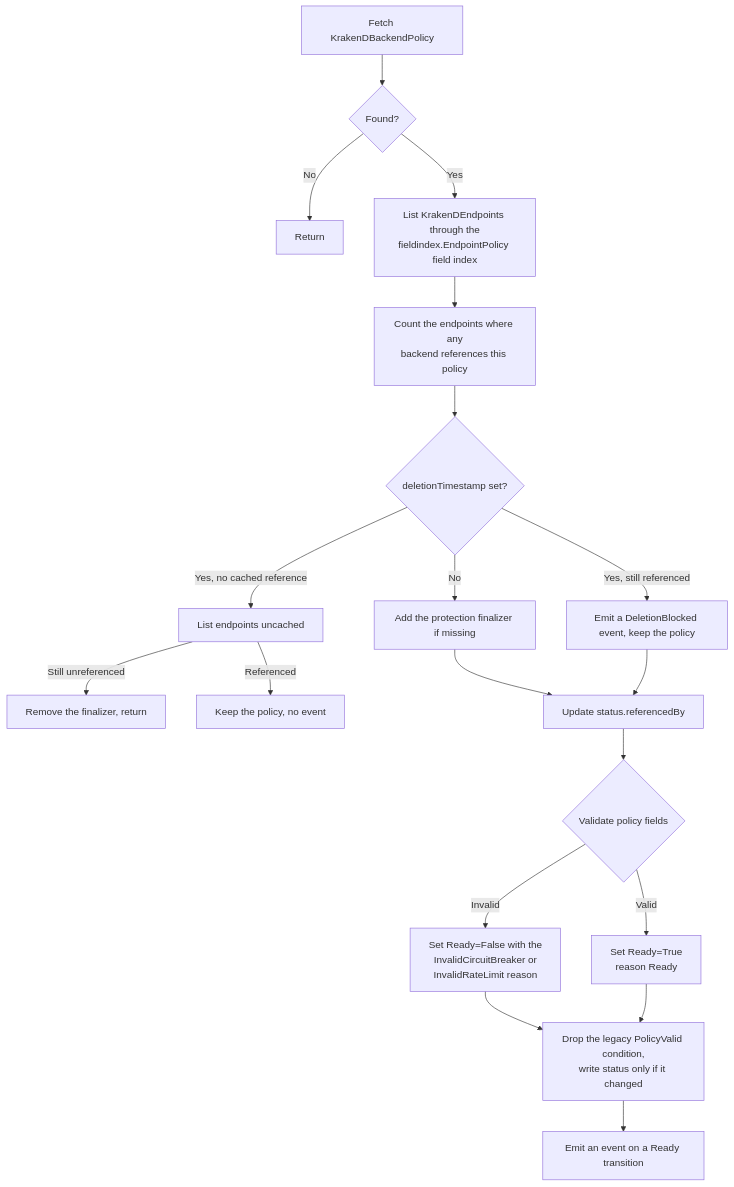
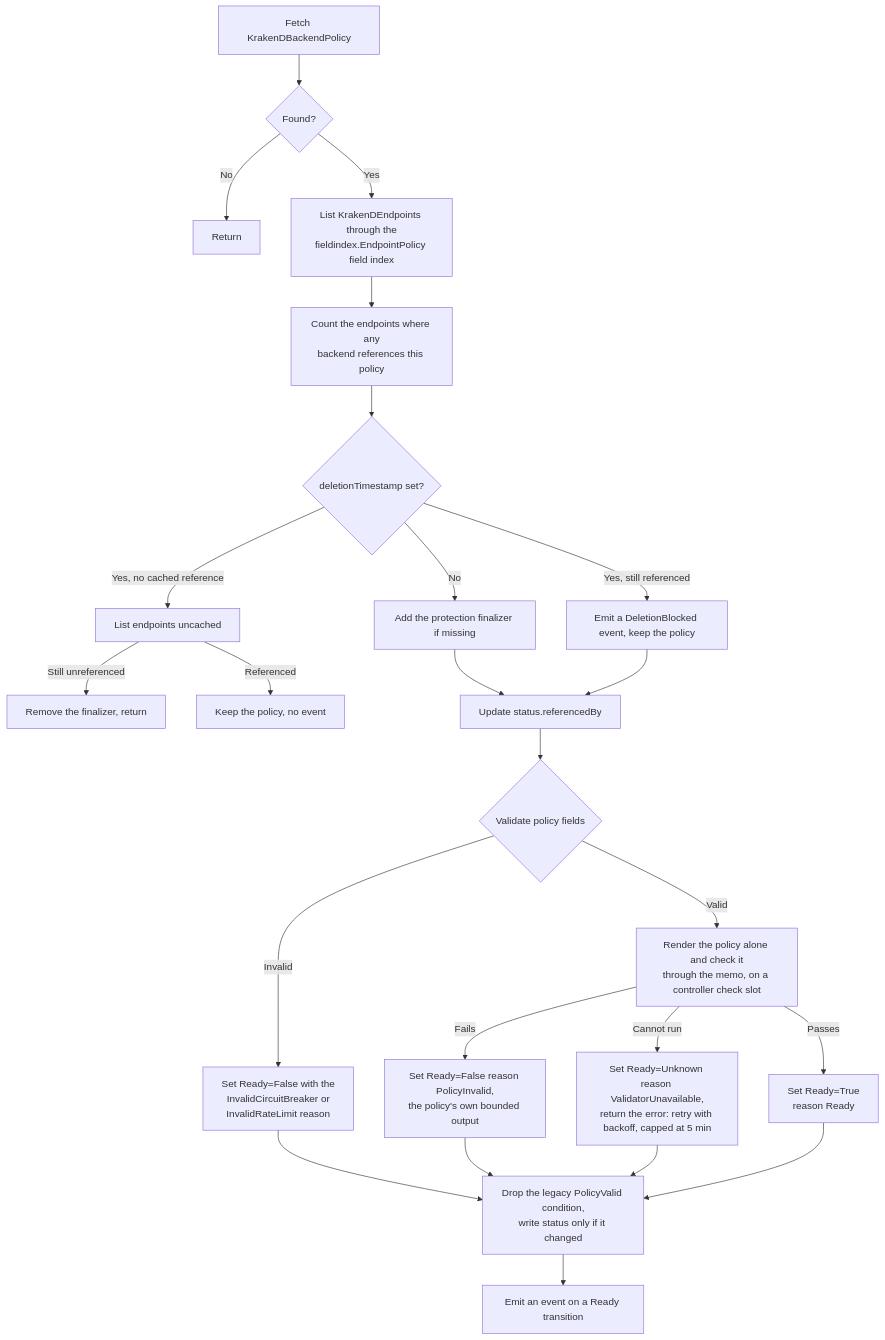
The fifth of 10 diagrams in architecture/application/application-architecture.md (MyCarrier-DevOps/KrakenD-Operator), drawn with Mermaid before and after one commit. The commit also changed other lines of this file, not shown here.

First line of the commit message:
docs(application-architecture): the policy check, slot and wiring

````diff
--- a/architecture/application/application-architecture.md
+++ b/architecture/application/application-architecture.md
@@ -1356,21 +1374,26 @@
 ```mermaid
 flowchart TD
     A[Fetch KrakenDBackendPolicy] --> B{Found?}
     B -->|No| Z[Return]
     B -->|Yes| C[List KrakenDEndpoints through the<br/>fieldindex.EndpointPolicy field index]
     C --> D[Count the endpoints where any<br/>backend references this policy]
     D --> P{deletionTimestamp set?}
     P -->|No| Q[Add the protection finalizer if missing]
     P -->|Yes, still referenced| R[Emit a DeletionBlocked event, keep the policy]
     P -->|Yes, no cached reference| S[List endpoints uncached]
     S -->|Still unreferenced| T[Remove the finalizer, return]
     S -->|Referenced| U[Keep the policy, no event]
     Q --> E[Update status.referencedBy]
     R --> E
     E --> F{Validate policy fields}
     F -->|Invalid| G[Set Ready=False with the<br/>InvalidCircuitBreaker or<br/>InvalidRateLimit reason]
-    F -->|Valid| H[Set Ready=True<br/>reason Ready]
+    F -->|Valid| L[Render the policy alone and check it<br/>through the memo, on a controller check slot]
+    L -->|Fails| M[Set Ready=False reason PolicyInvalid,<br/>the policy's own bounded output]
+    L -->|Cannot run| N[Set Ready=Unknown reason ValidatorUnavailable,<br/>return the error: retry with backoff, capped at 5 min]
+    L -->|Passes| H[Set Ready=True<br/>reason Ready]
     G --> J[Drop the legacy PolicyValid condition,<br/>write status only if it changed]
+    M --> J
+    N --> J
     H --> J
     J --> K[Emit an event on a Ready transition]
 ```
````
